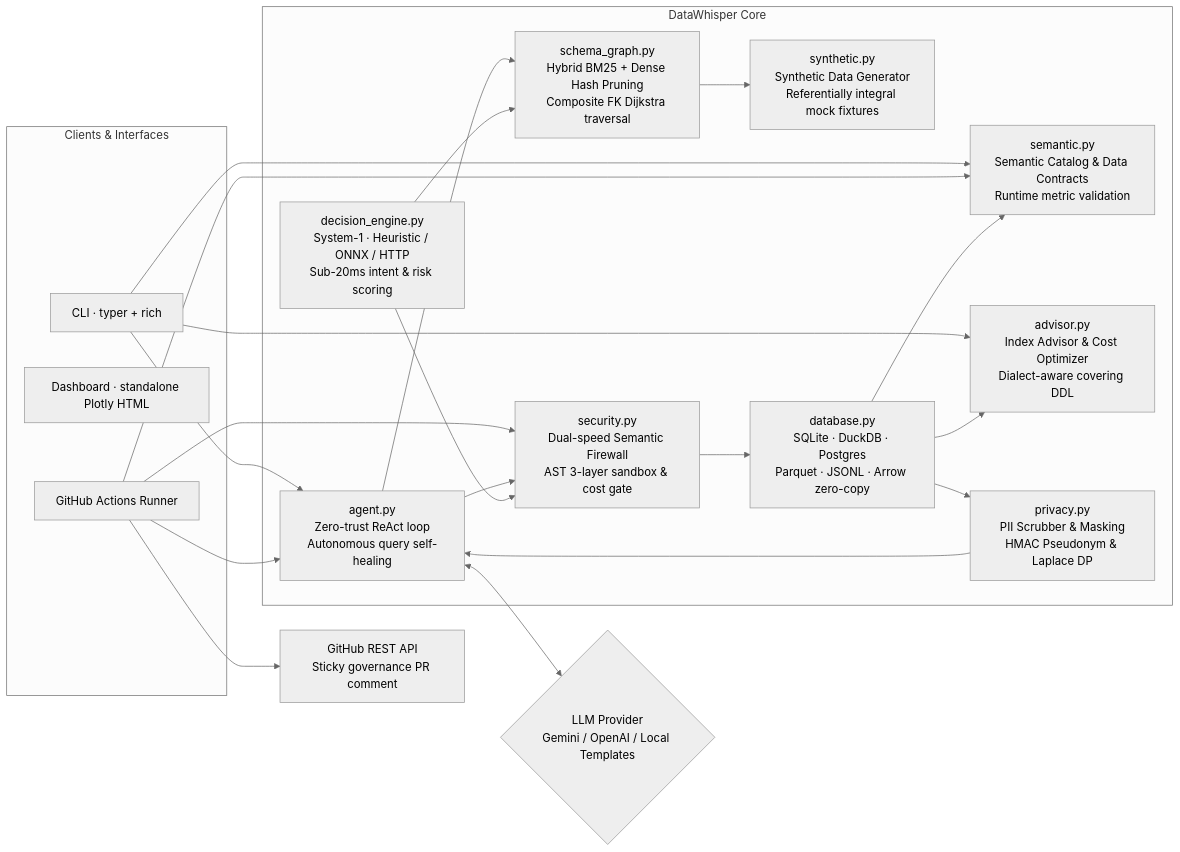
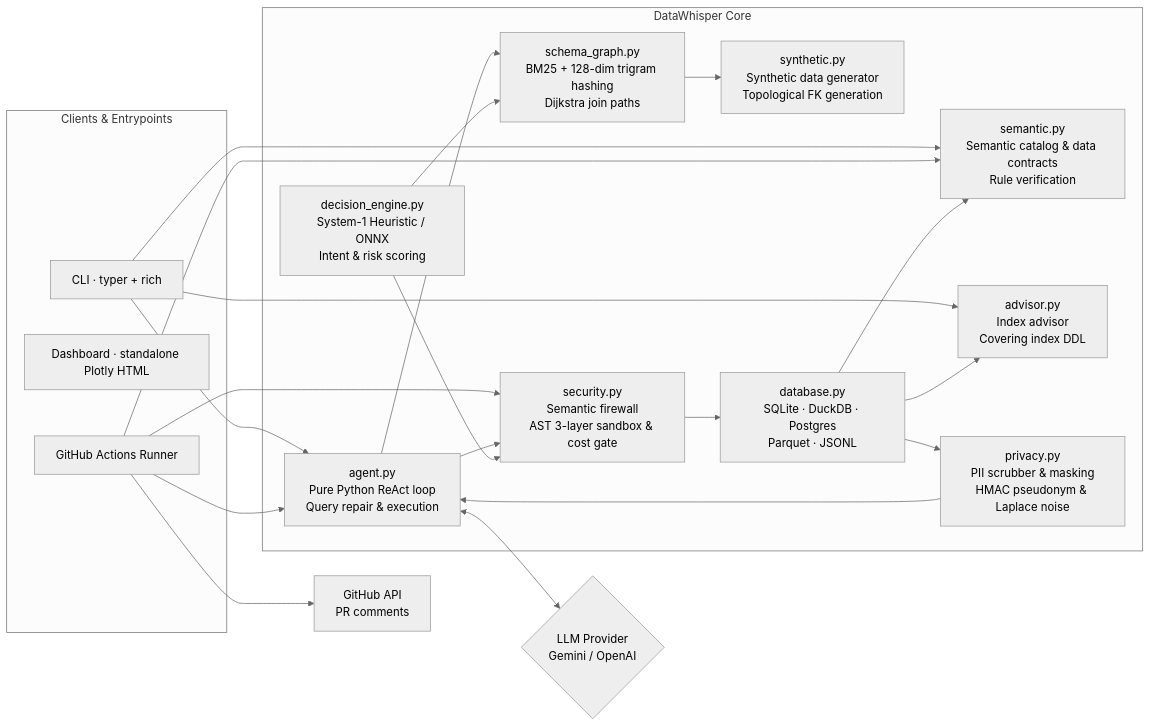
Before and after one commit to Green-tero/datawhisper: the diagram in README.md, drawn with Mermaid (neutral theme). The commit also changed other lines of this file and 24 other files, not shown here.

Commit message:
feat: release v1.5.9 with zero-trust AST hardening, SSRF defense, 2026 SDK updates, and docs rewrite

````diff
--- a/README.md
+++ b/README.md
@@ -52,43 +30,43 @@
 ```mermaid
 flowchart LR
-    subgraph Clients["Clients & Interfaces"]
+    subgraph Clients["Clients & Entrypoints"]
         CLI["CLI · typer + rich"]
         DASH["Dashboard · standalone Plotly HTML"]
         GHA["GitHub Actions Runner"]
     end
 
     subgraph Core["DataWhisper Core"]
-        DEC["decision_engine.py<br/>System-1 · Heuristic / ONNX / HTTP<br/>Sub-20ms intent & risk scoring"]
-        GRAPH["schema_graph.py<br/>Hybrid BM25 + Dense Hash Pruning<br/>Composite FK Dijkstra traversal"]
-        AGENT["agent.py<br/>Zero-trust ReAct loop<br/>Autonomous query self-healing"]
-        SEC["security.py<br/>Dual-speed Semantic Firewall<br/>AST 3-layer sandbox & cost gate"]
-        SEM["semantic.py<br/>Semantic Catalog & Data Contracts<br/>Runtime metric validation"]
-        ADV["advisor.py<br/>Index Advisor & Cost Optimizer<br/>Dialect-aware covering DDL"]
-        PRIV["privacy.py<br/>PII Scrubber & Masking<br/>HMAC Pseudonym & Laplace DP"]
-        SYN["synthetic.py<br/>Synthetic Data Generator<br/>Referentially integral mock fixtures"]
-        DB["database.py<br/>SQLite · DuckDB · Postgres<br/>Parquet · JSONL · Arrow zero-copy"]
+        DEC["decision_engine.py<br/>System-1 Heuristic / ONNX<br/>Intent & risk scoring"]
+        GRAPH["schema_graph.py<br/>BM25 + 128-dim trigram hashing<br/>Dijkstra join paths"]
+        AGENT["agent.py<br/>Pure Python ReAct loop<br/>Query repair & execution"]
+        SEC["security.py<br/>Semantic firewall<br/>AST 3-layer sandbox & cost gate"]
+        SEM["semantic.py<br/>Semantic catalog & data contracts<br/>Rule verification"]
+        ADV["advisor.py<br/>Index advisor<br/>Covering index DDL"]
+        PRIV["privacy.py<br/>PII scrubber & masking<br/>HMAC pseudonym & Laplace noise"]
+        SYN["synthetic.py<br/>Synthetic data generator<br/>Topological FK generation"]
+        DB["database.py<br/>SQLite · DuckDB · Postgres<br/>Parquet · JSONL"]
     end
 
-    LLM{"LLM Provider<br/>Gemini / OpenAI / Local Templates"}
-    GH["GitHub REST API<br/>Sticky governance PR comment"]
+    LLM{"LLM Provider<br/>Gemini / OpenAI"}
+    GH["GitHub API<br/>PR comments"]
 
     CLI --> AGENT
     CLI --> ADV
     CLI --> SEM
     GHA --> AGENT
     GHA --> SEM
     GHA --> SEC
     GHA --> GH
 
     AGENT --> GRAPH
     AGENT --> SEC
     AGENT <--> LLM
     DEC --> SEC
     DEC --> GRAPH
     SEC --> DB
     DB --> PRIV
     PRIV --> AGENT
     DB --> ADV
     DB --> SEM
     GRAPH --> SYN
 ```
````
